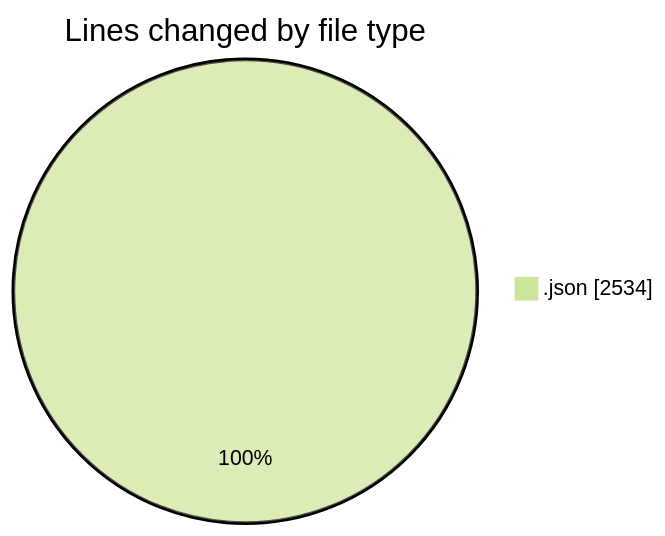
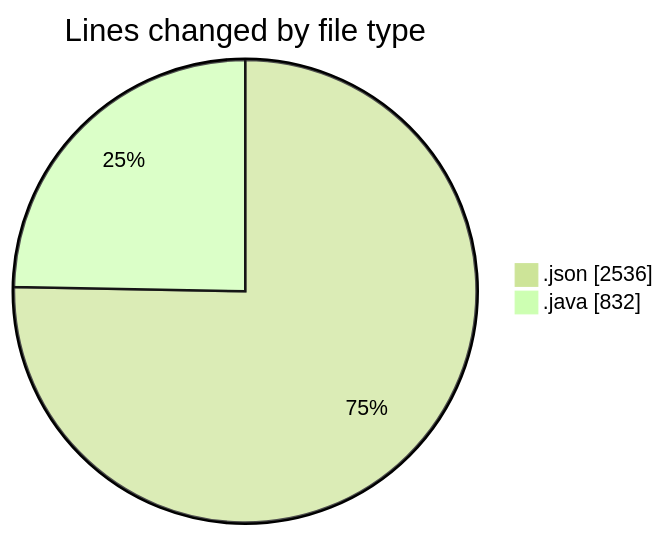
Before and after one commit to ricardozamudiocil/code-tracking: the first of 2 diagrams in 2026-10-20/cilapp/README.md, drawn with Mermaid (forest theme). The commit also changed other lines of this file and 1 other file, not shown here.

````diff
--- a/2026-10-20/cilapp/README.md
+++ b/2026-10-20/cilapp/README.md
@@ -20,5 +21,6 @@
 ```mermaid
 pie showData
 title Lines changed by file type
-".json" : 2534
+".json" : 2536
+".java" : 832
 ```
````
